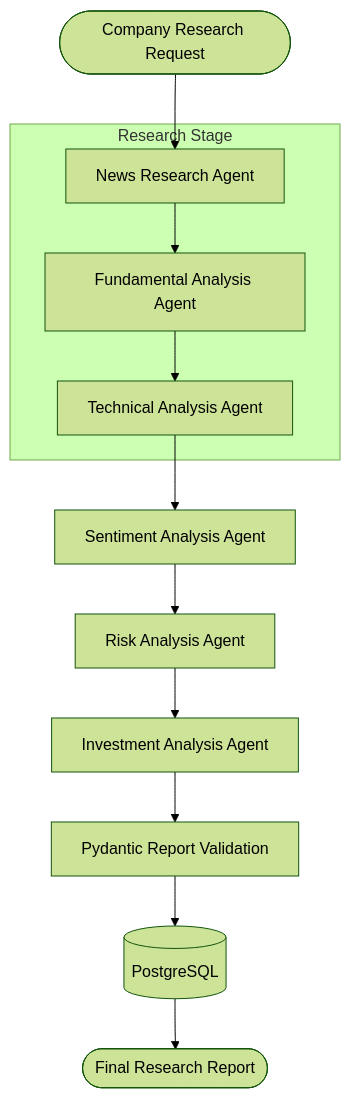
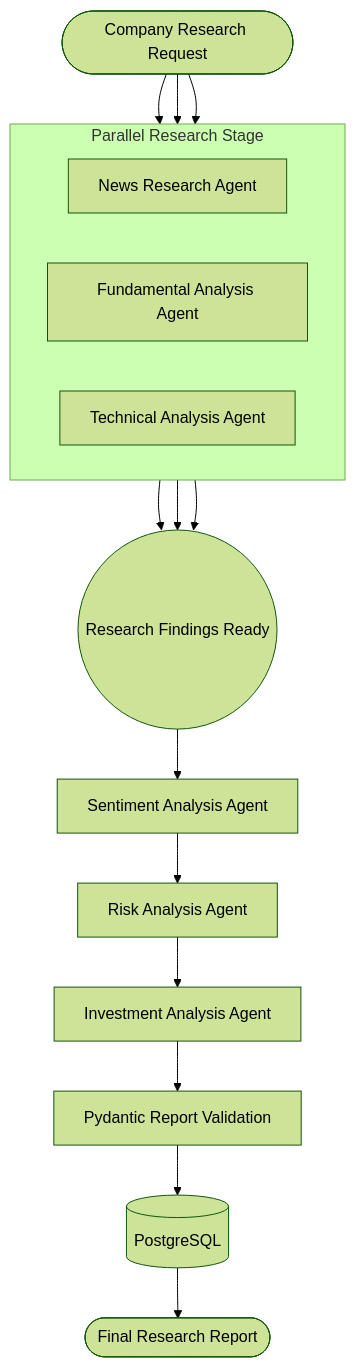
The first of 2 diagrams in README.md (priteshbeladiya07/FinCrewAI), drawn with Mermaid (forest theme) before and after one commit. The commit also changed other lines of this file, not shown here.

````diff
--- a/README.md
+++ b/README.md
@@ -41,27 +50,34 @@
 ```mermaid
 flowchart TD
     A([Company Research Request])
 
-    subgraph RESEARCH["Research Stage"]
+    subgraph PARALLEL["Parallel Research Stage"]
+        direction LR
         B["News Research Agent"]
         C["Fundamental Analysis Agent"]
         D["Technical Analysis Agent"]
     end
 
-    E["Sentiment Analysis Agent"]
-    F["Risk Analysis Agent"]
-    G["Investment Analysis Agent"]
-    H["Pydantic Report Validation"]
-    I[("PostgreSQL")]
-    J([Final Research Report])
+    E((Research Findings Ready))
+    F["Sentiment Analysis Agent"]
+    G["Risk Analysis Agent"]
+    H["Investment Analysis Agent"]
+    I["Pydantic Report Validation"]
+    J[("PostgreSQL")]
+    K([Final Research Report])
 
     A --> B
-    B --> C
-    C --> D
+    A --> C
+    A --> D
+
+    B --> E
+    C --> E
     D --> E
+
     E --> F
     F --> G
     G --> H
     H --> I
     I --> J
+    J --> K
 ```
````
